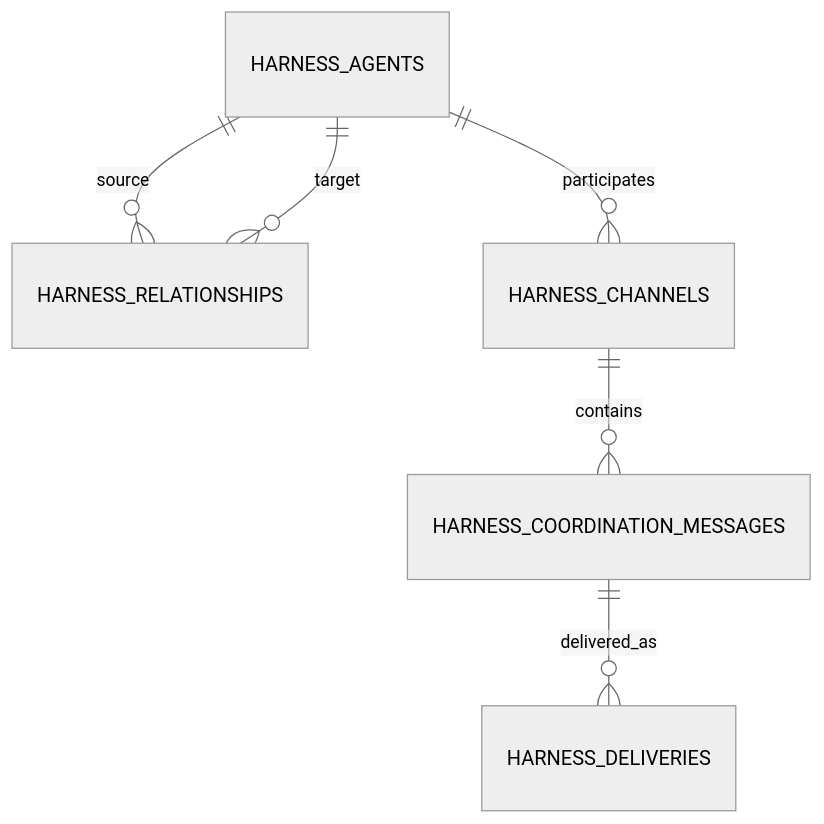
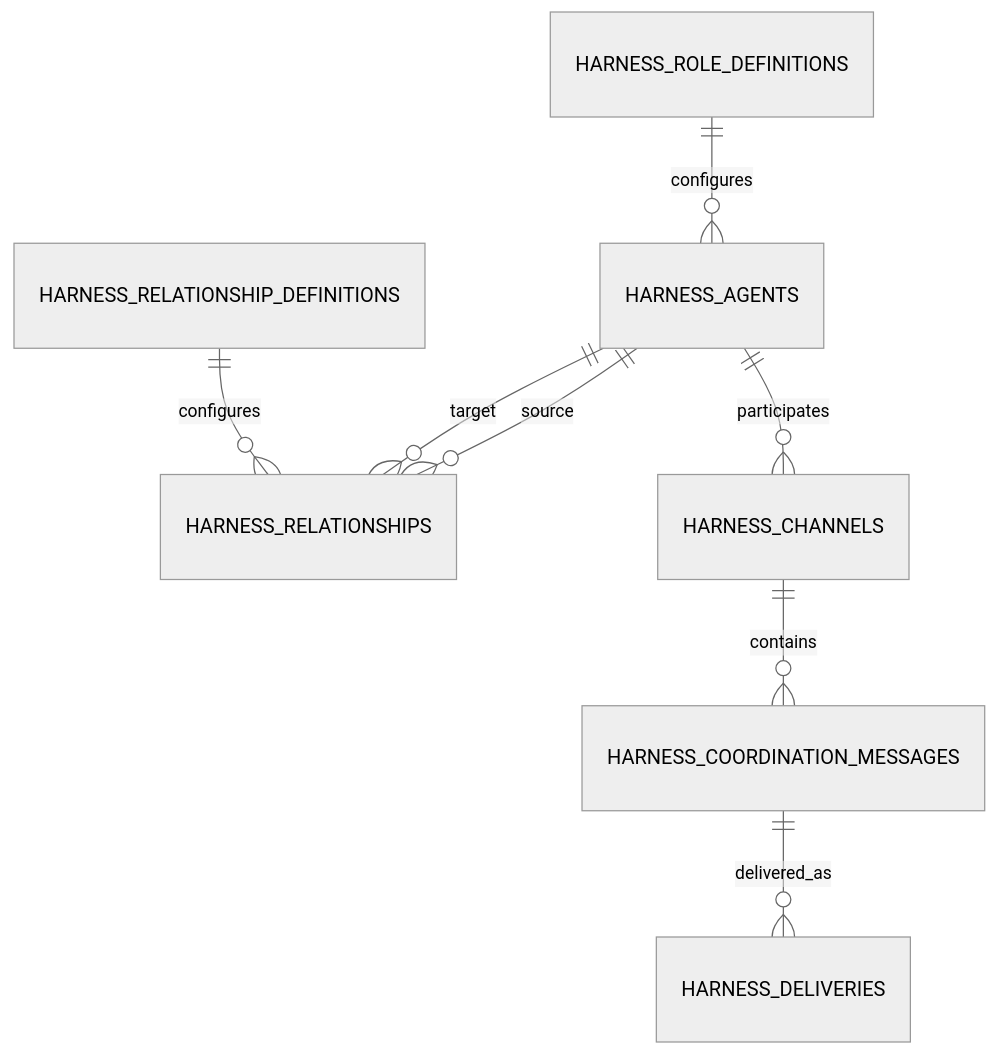
The diagram in docs/harness-canvas.md (schu34/t3code), drawn with Mermaid (neutral theme) before and after one commit. The commit also changed other lines of this file and 4 other files, not shown here.

````diff
--- a/docs/harness-canvas.md
+++ b/docs/harness-canvas.md
@@ -45,8 +47,10 @@
 ```mermaid
 erDiagram
   HARNESS_AGENTS ||--o{ HARNESS_RELATIONSHIPS : source
   HARNESS_AGENTS ||--o{ HARNESS_RELATIONSHIPS : target
+  HARNESS_ROLE_DEFINITIONS ||--o{ HARNESS_AGENTS : configures
+  HARNESS_RELATIONSHIP_DEFINITIONS ||--o{ HARNESS_RELATIONSHIPS : configures
   HARNESS_AGENTS ||--o{ HARNESS_CHANNELS : participates
   HARNESS_CHANNELS ||--o{ HARNESS_COORDINATION_MESSAGES : contains
   HARNESS_COORDINATION_MESSAGES ||--o{ HARNESS_DELIVERIES : delivered_as
 ```
````
